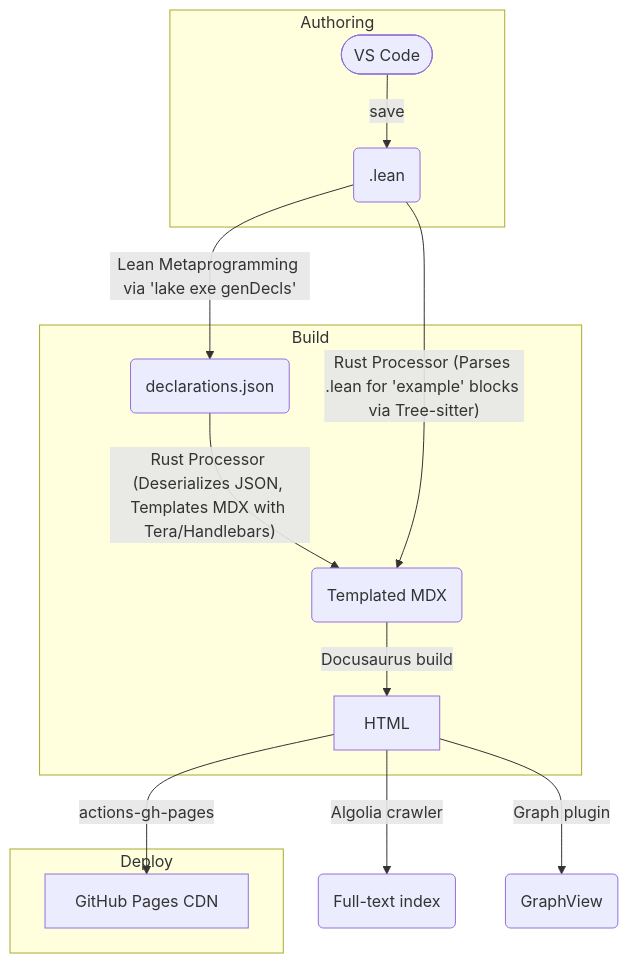
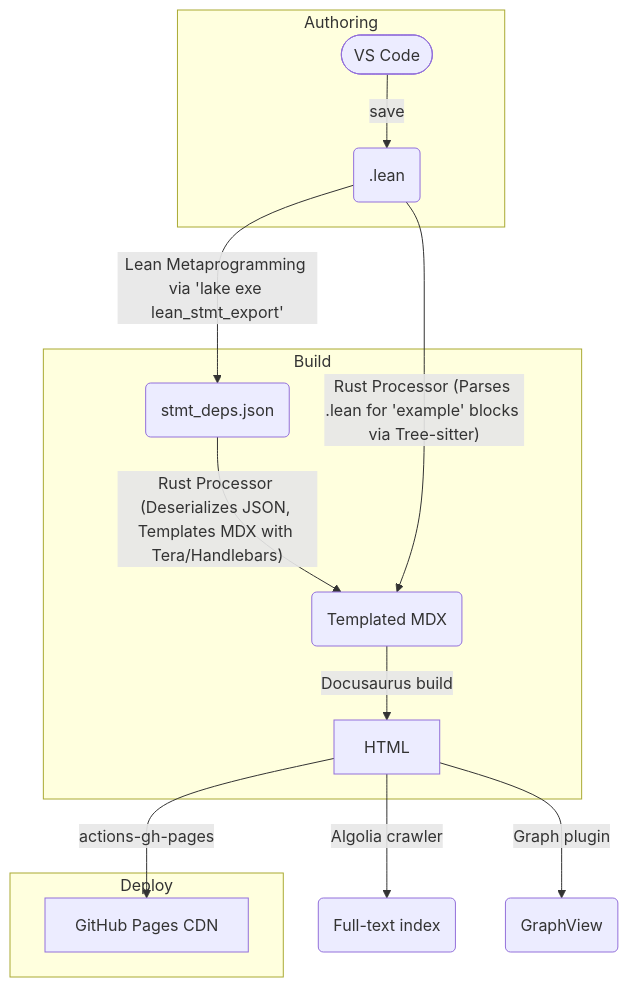
Before and after one commit to RK0429/MathUniverse: the diagram in design/idea.md, drawn with Mermaid. The commit also changed other lines of this file, not shown here.

````diff
--- a/design/idea.md
+++ b/design/idea.md
@@ -92,17 +92,17 @@
 ```mermaid
 flowchart TD
   subgraph Authoring
     U([VS Code]) --save--> LeanFile(.lean)
   end
   subgraph Build
-    LeanFile -- Lean Metaprogramming via 'lake exe genDecls' --> JsonOutput(declarations.json)
+    LeanFile -- Lean Metaprogramming via 'lake exe lean_stmt_export' --> JsonOutput(stmt_deps.json)
     JsonOutput -- Rust Processor (Deserializes JSON, Templates MDX with Tera/Handlebars) --> MdxOutput(Templated MDX)
     LeanFile -- Rust Processor (Parses .lean for 'example' blocks via Tree-sitter) --> MdxOutput
     MdxOutput -- Docusaurus build --> HTML
   end
   subgraph Deploy
     HTML --actions-gh-pages--> GH[GitHub Pages CDN]
   end
   HTML --Algolia crawler--> Index(Full-text index)
   HTML --Graph plugin--> Graph(GraphView)
 ```
````
